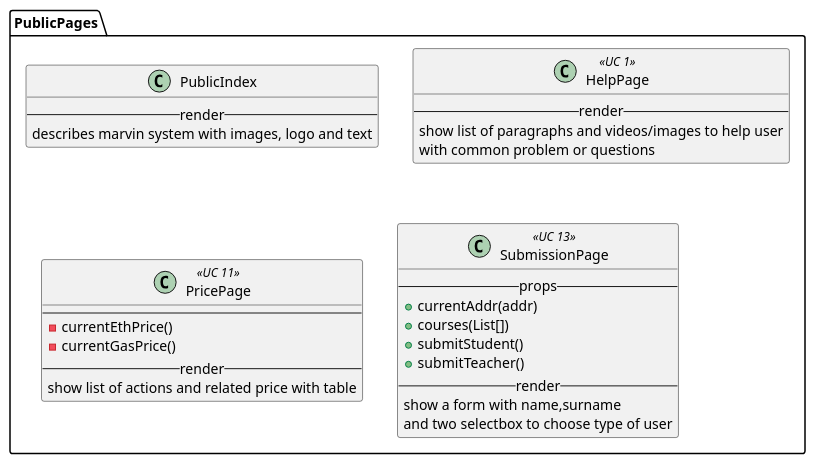
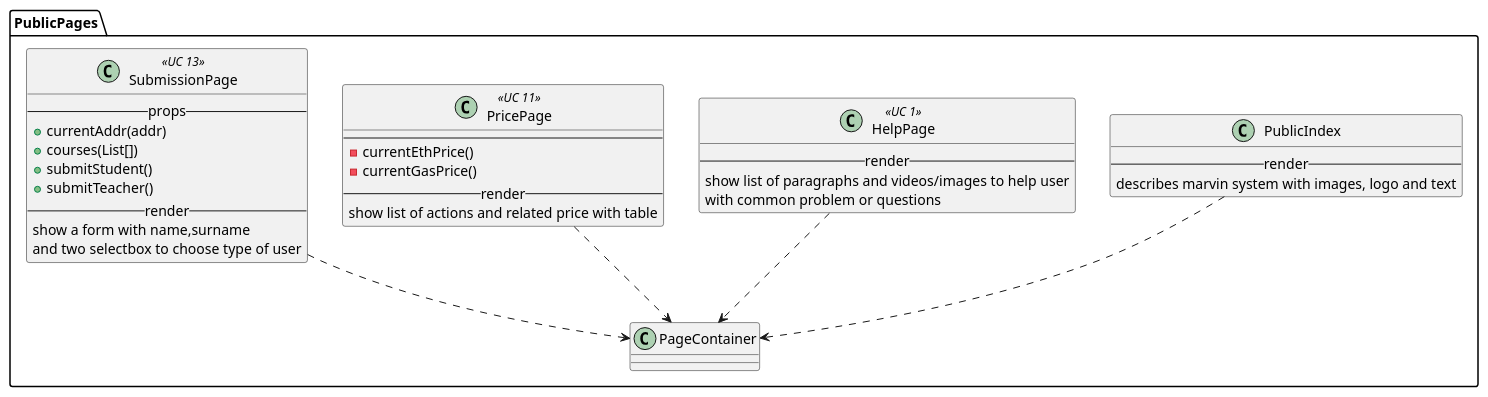
One commit to M9k/Marvin-Uml changed the diagram in react/public/index.iuml. Above: the diagram before and after it, drawn with PlantUML. The commit also changed 9 other files, not shown here.

Commit message:
Possibile proposta di UML per react

```diff
--- a/react/public/index.iuml
+++ b/react/public/index.iuml
@@ -1,33 +1,37 @@
 package PublicPages {
 
   class PublicIndex {
     --render--
     describes marvin system with images, logo and text
   }
+  PublicIndex ..> PageContainer
 
   class HelpPage <<UC 1>>{
     --render--
     show list of paragraphs and videos/images to help user
     with common problem or questions
   }
+  HelpPage ..> PageContainer
 
   class PricePage <<UC 11>> {
     ----
     - currentEthPrice()
     - currentGasPrice()
     --render--
     show list of actions and related price with table
   }
+  PricePage ..> PageContainer
 
   class SubmissionPage <<UC 13>> {
     --props--
     + currentAddr(addr)
     + courses(List[])
     + submitStudent()
     + submitTeacher()
     --render--
     show a form with name,surname
     and two selectbox to choose type of user
   }
+  SubmissionPage ..> PageContainer
 
 }
```
